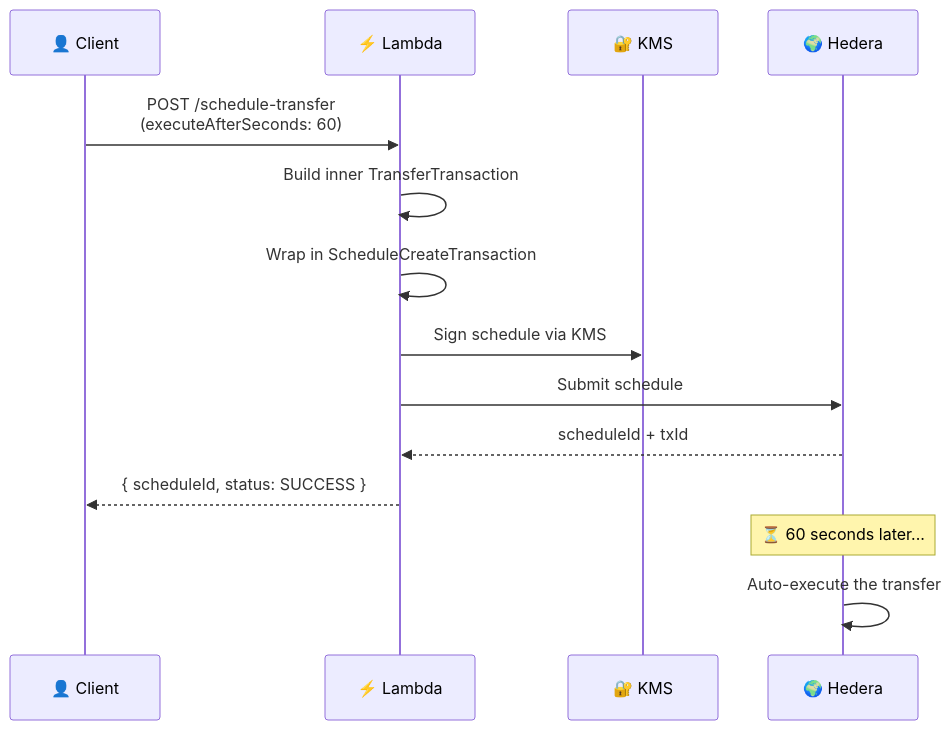
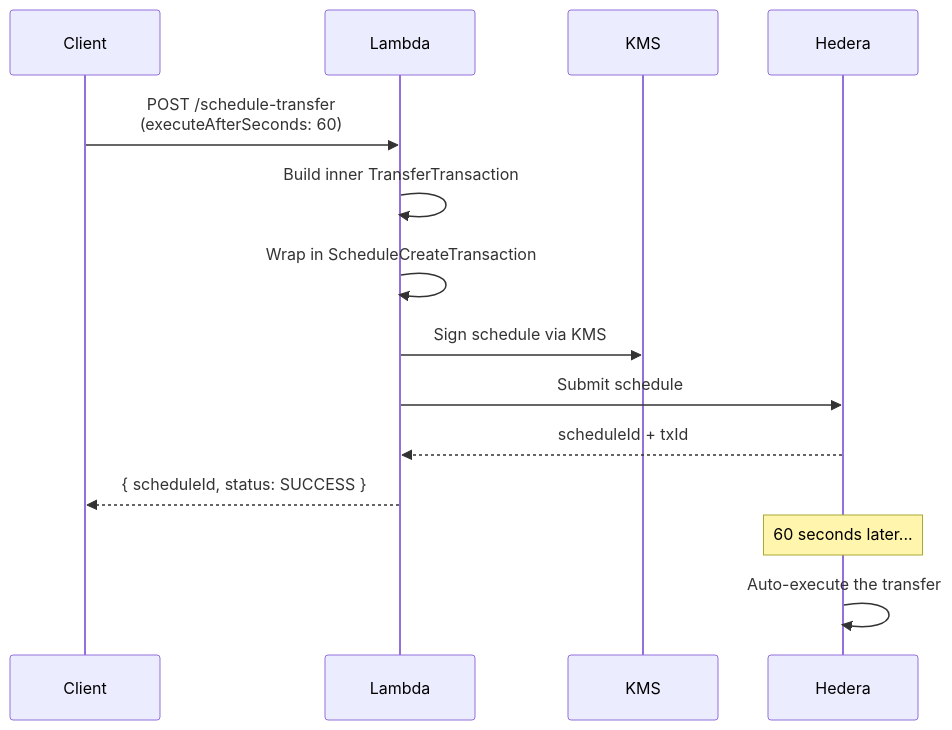
One commit to umarhashmi2002/hedera-kms-signer changed the tenth of 13 diagrams in README.md. Above: the diagram before and after it, drawn with Mermaid. The commit also changed other lines of this file and 3 other files, not shown here.

````diff
--- a/README.md
+++ b/README.md
@@ -281,17 +281,17 @@
 ```mermaid
 sequenceDiagram
-    participant C as 👤 Client
-    participant L as ⚡ Lambda
-    participant K as 🔐 KMS
-    participant H as 🌍 Hedera
+    participant C as Client
+    participant L as Lambda
+    participant K as KMS
+    participant H as Hedera
 
     C->>L: POST /schedule-transfer<br/>(executeAfterSeconds: 60)
     L->>L: Build inner TransferTransaction
     L->>L: Wrap in ScheduleCreateTransaction
     L->>K: Sign schedule via KMS
     L->>H: Submit schedule
     H-->>L: scheduleId + txId
     L-->>C: { scheduleId, status: SUCCESS }
-    Note over H: ⏳ 60 seconds later...
+    Note over H: 60 seconds later...
     H->>H: Auto-execute the transfer
 ```
````
